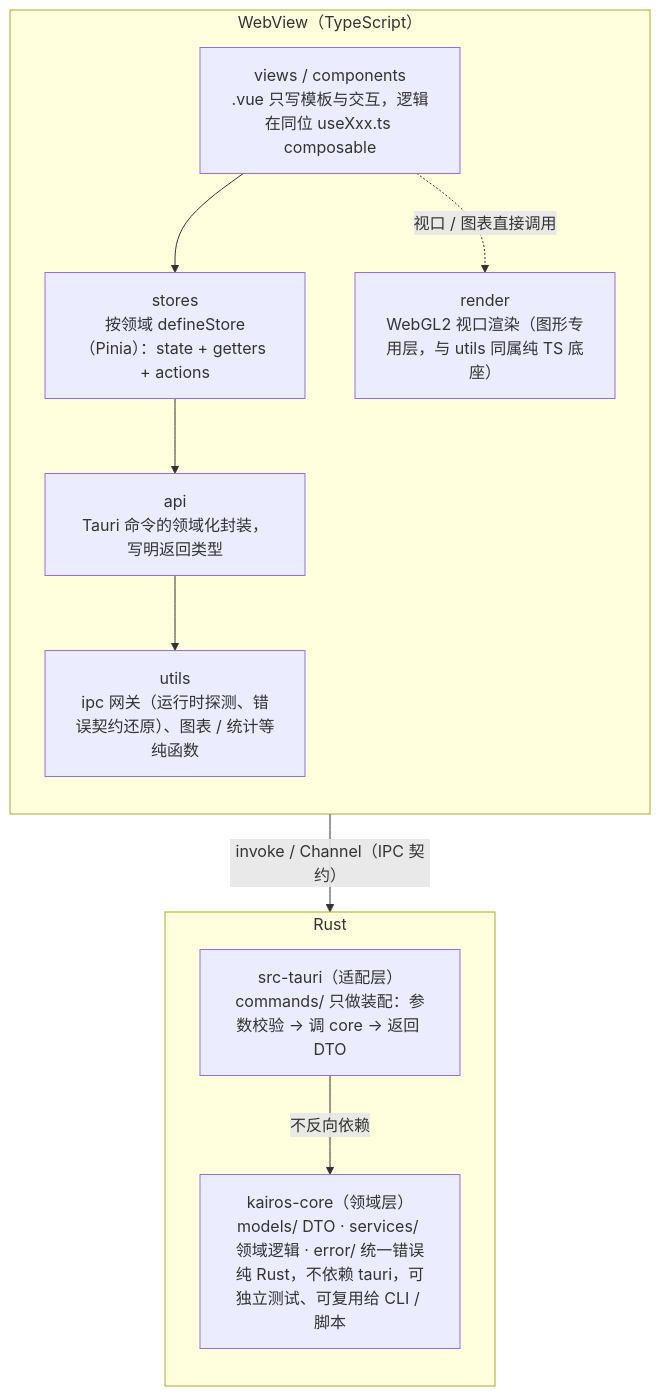
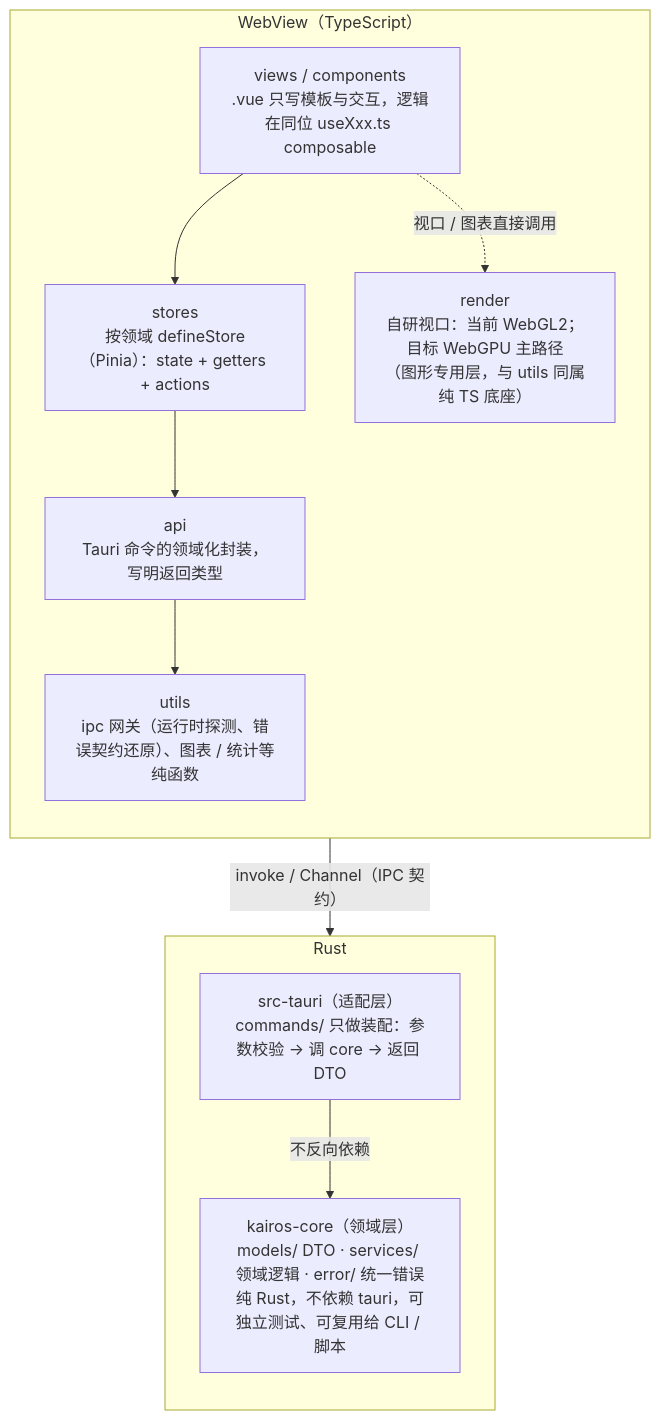
One commit to Yuki-Nagori/kairos changed the first of 2 diagrams in ai-docs/ARCHITECTURE.md. Above: the diagram before and after it, drawn with Mermaid. The commit also changed other lines of this file and 12 other files, not shown here.

````diff
--- a/ai-docs/ARCHITECTURE.md
+++ b/ai-docs/ARCHITECTURE.md
@@ -9,22 +9,22 @@
 ```mermaid
 flowchart TB
     subgraph web ["WebView（TypeScript）"]
         direction TB
         VC["views / components<br>.vue 只写模板与交互，逻辑在同位 useXxx.ts composable"]
         ST["stores<br>按领域 defineStore（Pinia）：state + getters + actions"]
         API["api<br>Tauri 命令的领域化封装，写明返回类型"]
         UT["utils<br>ipc 网关（运行时探测、错误契约还原）、图表 / 统计等纯函数"]
-        R["render<br>WebGL2 视口渲染（图形专用层，与 utils 同属纯 TS 底座）"]
+        R["render<br>自研视口：当前 WebGL2；目标 WebGPU 主路径<br>（图形专用层，与 utils 同属纯 TS 底座）"]
         VC --> ST
         ST --> API
         API --> UT
         VC -. "视口 / 图表直接调用" .-> R
     end
     subgraph rust ["Rust"]
         direction TB
         CMD["src-tauri（适配层）<br>commands/ 只做装配：参数校验 → 调 core → 返回 DTO"]
         CORE["kairos-core（领域层）<br>models/ DTO · services/ 领域逻辑 · error/ 统一错误<br>纯 Rust，不依赖 tauri，可独立测试、可复用给 CLI / 脚本"]
         CMD -- "不反向依赖" --> CORE
     end
     API -- "invoke / Channel（IPC 契约）" --> CMD
 ```
````
